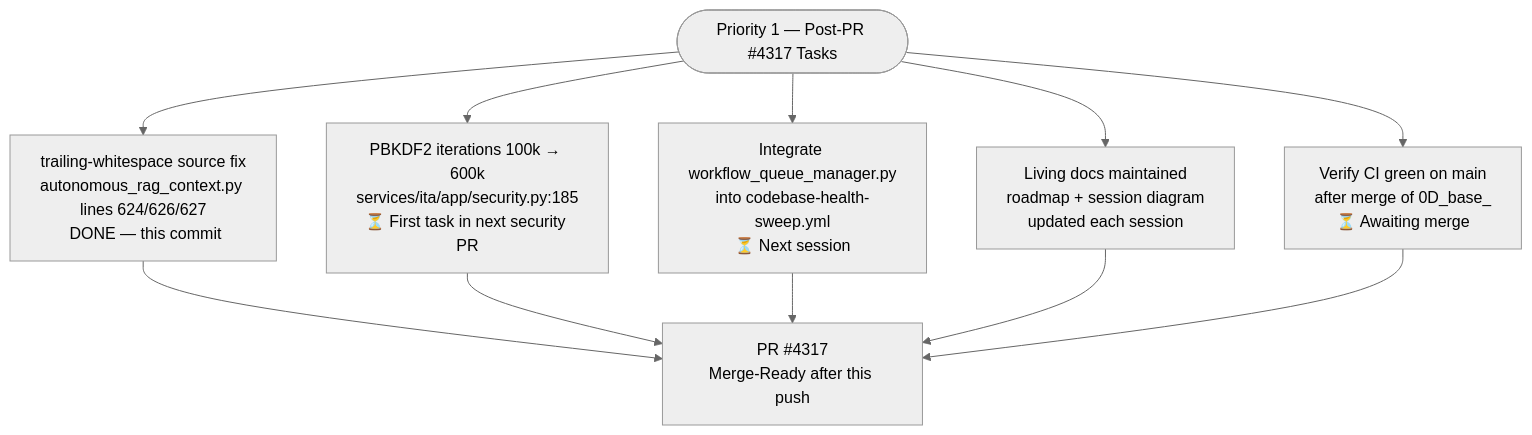
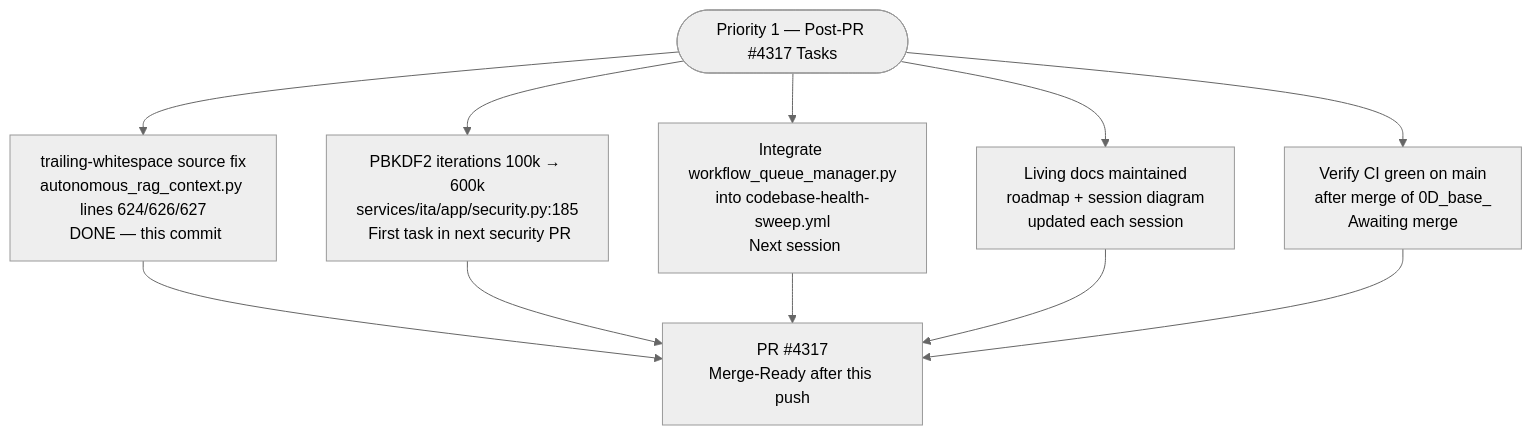
Before and after one commit to Aries-Serpent/_codex_: the fourth of 16 diagrams in docs/roadmap/PR4317_whats_next.md, drawn with Mermaid (neutral theme). The commit also changed other lines of this file and 1989 other files, not shown here.

````diff
--- a/docs/roadmap/PR4317_whats_next.md
+++ b/docs/roadmap/PR4317_whats_next.md
@@ -172,13 +172,13 @@
 ```mermaid
 %%{init: {'accessibility': {'title': 'Flowchart showing " Priority 1 — Post-PR #4317 Tasks", "trailing-whitespace source fix\nautonomous_rag_context.py lines 624/626/627\n DONE — this commit"'}}%%
 flowchart TD
     P1([" Priority 1 — Post-PR #4317 Tasks"])
 
     P1 --> TW["trailing-whitespace source fix\nautonomous_rag_context.py lines 624/626/627\n DONE — this commit"]
-    P1 --> PBKDF2["PBKDF2 iterations 100k → 600k\nservices/ita/app/security.py:185\n⏳ First task in next security PR"]
-    P1 --> WQM["Integrate workflow_queue_manager.py\ninto codebase-health-sweep.yml\n⏳ Next session"]
+    P1 --> PBKDF2["PBKDF2 iterations 100k → 600k\nservices/ita/app/security.py:185\n First task in next security PR"]
+    P1 --> WQM["Integrate workflow_queue_manager.py\ninto codebase-health-sweep.yml\n Next session"]
     P1 --> DOCS["Living docs maintained\nroadmap + session diagram\n updated each session"]
-    P1 --> VERIFY["Verify CI green on main\nafter merge of 0D_base_\n⏳ Awaiting merge"]
+    P1 --> VERIFY["Verify CI green on main\nafter merge of 0D_base_\n Awaiting merge"]
 
     TW & PBKDF2 & WQM & DOCS & VERIFY --> MERGE_READY[" PR #4317\nMerge-Ready after this push"]
 ```
````
